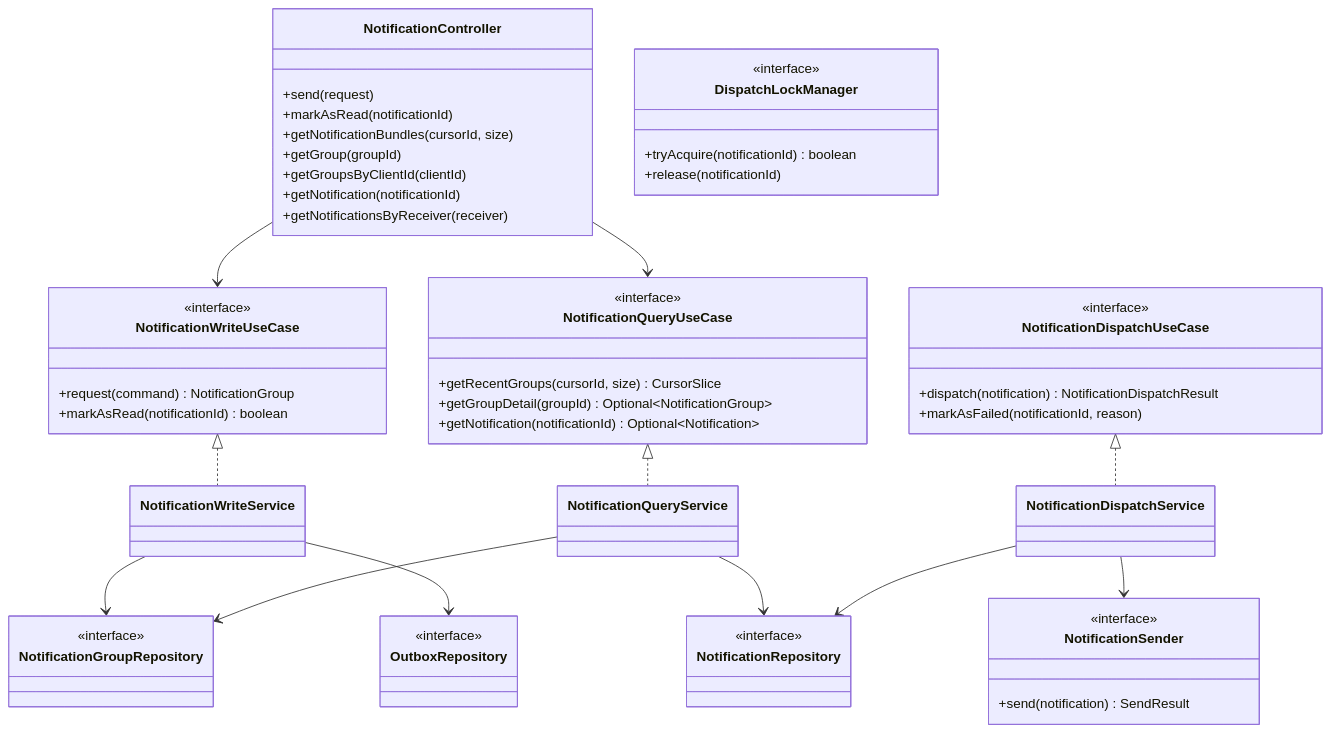
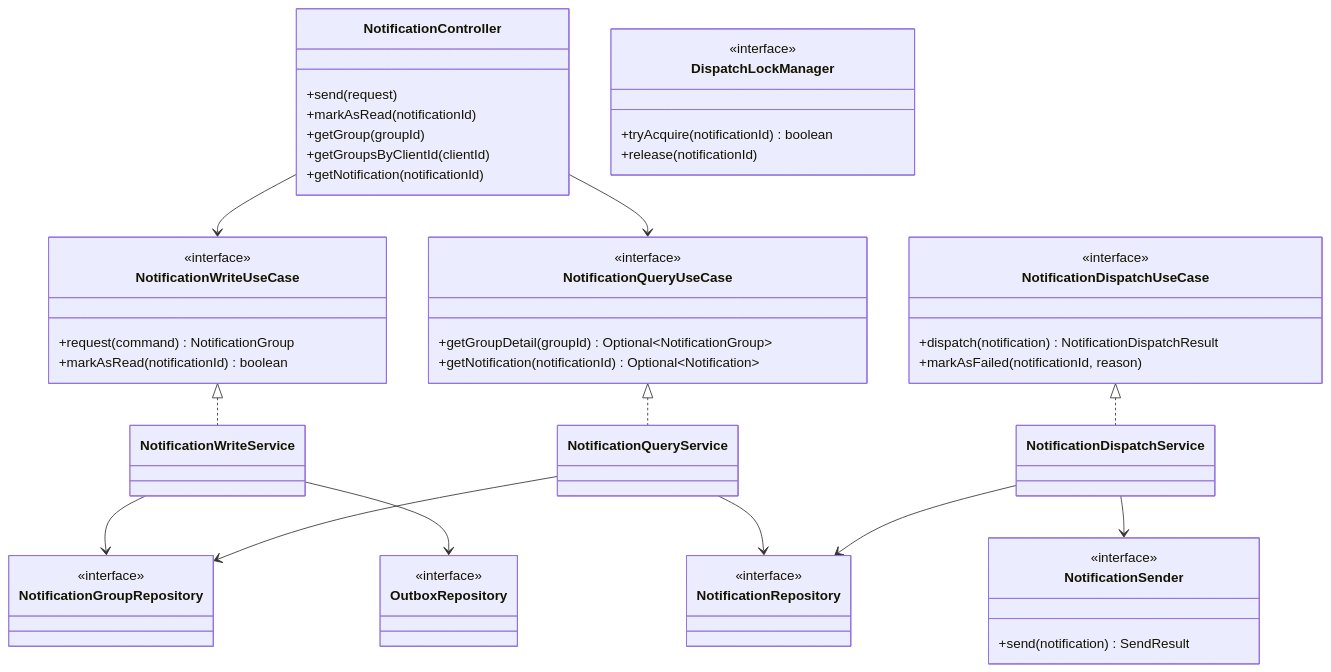
One commit to yht0827/notification-dispatcher changed the first of 4 diagrams in docs/03-class-diagrams.md. Above: the diagram before and after it, drawn with Mermaid. The commit also changed other lines of this file and 32 other files, not shown here.

````diff
--- a/docs/03-class-diagrams.md
+++ b/docs/03-class-diagrams.md
@@ -17,72 +17,69 @@
 ```mermaid
 classDiagram
     class NotificationController {
       +send(request)
       +markAsRead(notificationId)
-      +getNotificationBundles(cursorId, size)
       +getGroup(groupId)
       +getGroupsByClientId(clientId)
       +getNotification(notificationId)
-      +getNotificationsByReceiver(receiver)
     }
 
     class NotificationWriteUseCase {
       <<interface>>
       +request(command) NotificationGroup
       +markAsRead(notificationId) boolean
     }
 
     class NotificationQueryUseCase {
       <<interface>>
-      +getRecentGroups(cursorId, size) CursorSlice
       +getGroupDetail(groupId) Optional~NotificationGroup~
       +getNotification(notificationId) Optional~Notification~
     }
 
     class NotificationDispatchUseCase {
       <<interface>>
       +dispatch(notification) NotificationDispatchResult
       +markAsFailed(notificationId, reason)
     }
 
     class NotificationWriteService
     class NotificationQueryService
     class NotificationDispatchService
 
     class NotificationGroupRepository {
       <<interface>>
     }
 
     class NotificationRepository {
       <<interface>>
     }
 
     class OutboxRepository {
       <<interface>>
     }
 
     class NotificationSender {
       <<interface>>
       +send(notification) SendResult
     }
 
     class DispatchLockManager {
       <<interface>>
       +tryAcquire(notificationId) boolean
       +release(notificationId)
     }
 
     NotificationController --> NotificationWriteUseCase
     NotificationController --> NotificationQueryUseCase
 
     NotificationWriteUseCase <|.. NotificationWriteService
     NotificationQueryUseCase <|.. NotificationQueryService
     NotificationDispatchUseCase <|.. NotificationDispatchService
 
     NotificationWriteService --> NotificationGroupRepository
     NotificationWriteService --> OutboxRepository
     NotificationQueryService --> NotificationGroupRepository
     NotificationQueryService --> NotificationRepository
     NotificationDispatchService --> NotificationRepository
     NotificationDispatchService --> NotificationSender
 ```
````
